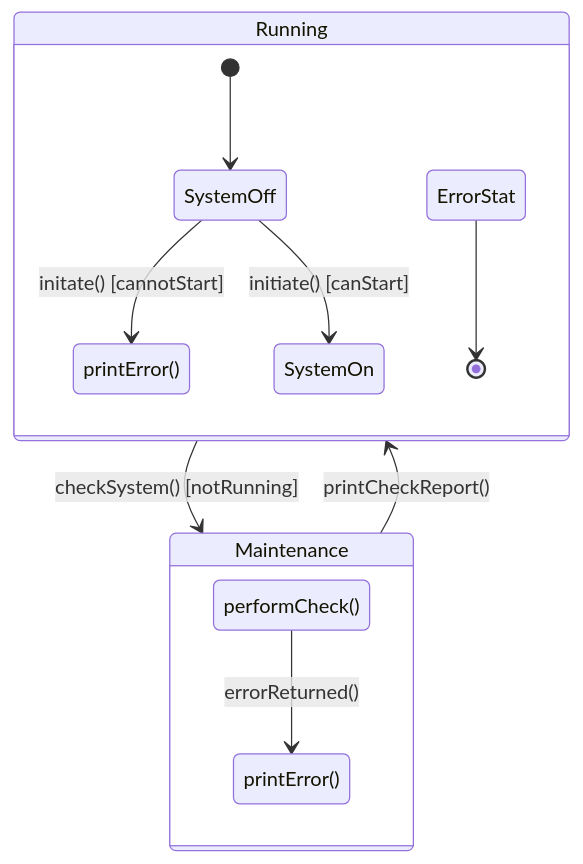
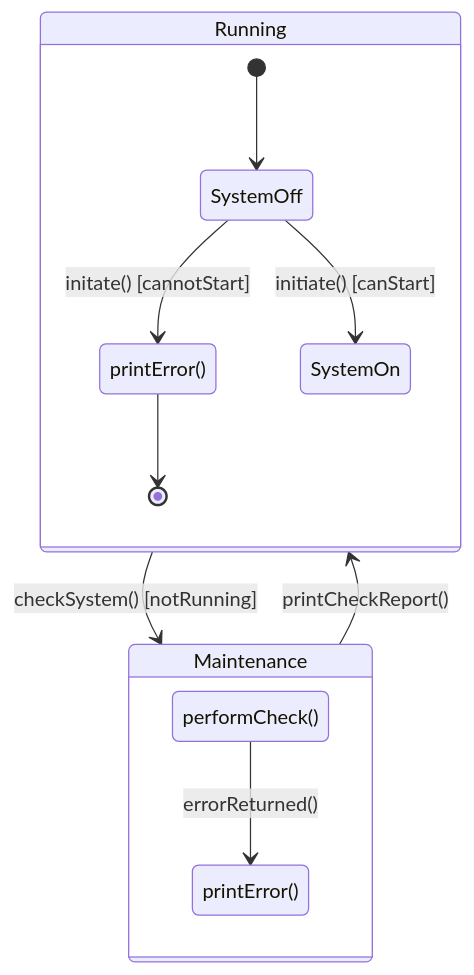
Before and after one commit to bweston6/uol-cs-notes: the ninth of 10 diagrams in docs/comp201/lectures/_posts/2021-10-13-1.md, drawn with Mermaid. The commit also changed other lines of this file, not shown here.

Commit message:
Change direction of graphs to be larger.

````diff
--- a/docs/comp201/lectures/_posts/2021-10-13-1.md
+++ b/docs/comp201/lectures/_posts/2021-10-13-1.md
@@ -337,17 +337,17 @@
 ```mermaid
 stateDiagram-v2
 ErrorState: printError()
 SubsystemChecking: performCheck()
 ErrorFound: printError()
 state Running {
 	[*] --> SystemOff
 	SystemOff --> SystemOn: initiate() [canStart]
 	SystemOff --> ErrorState: initate() [cannotStart]
-	ErrorStat --> [*]
+	ErrorState --> [*]
 }
 state Maintenance {
 	SubsystemChecking --> ErrorFound: errorReturned()
 }
 Running --> Maintenance: checkSystem() [notRunning]
 Maintenance --> Running: printCheckReport()
 ```
````
